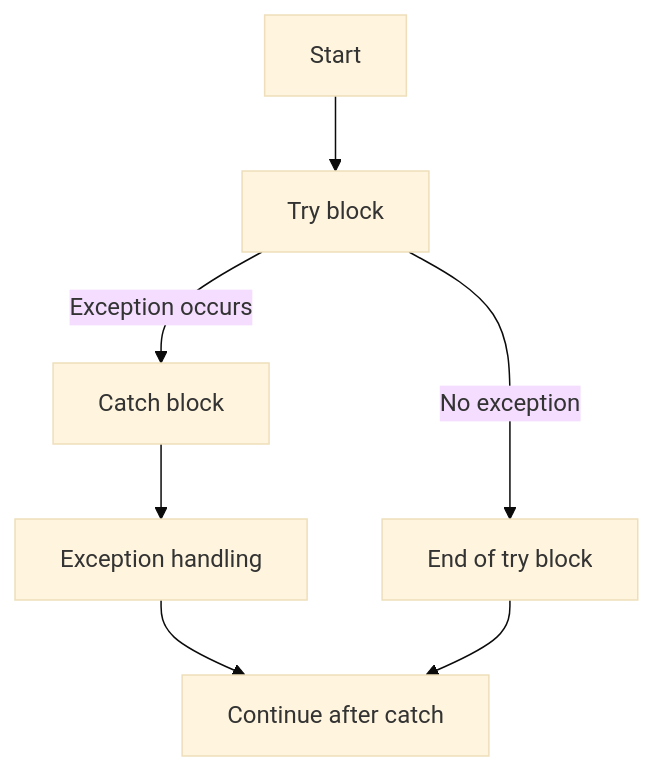
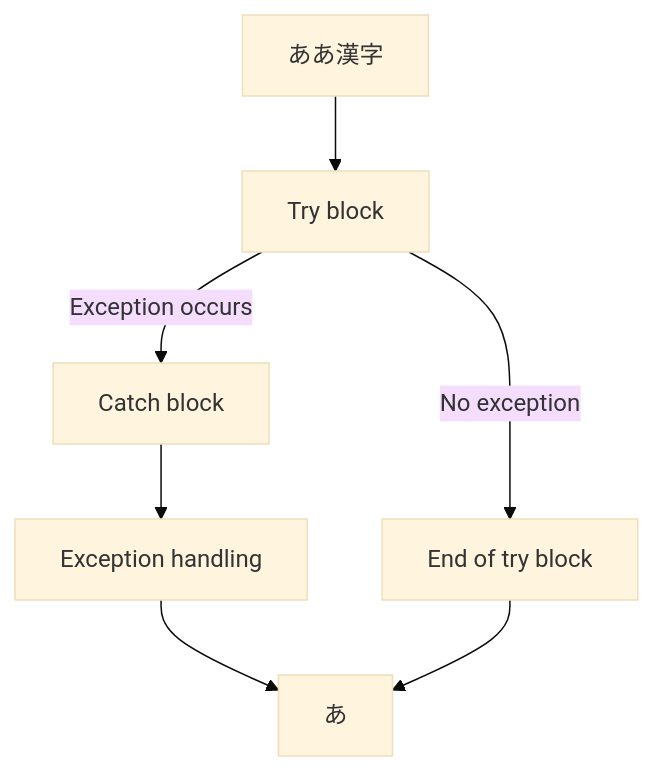
The third of 3 diagrams in flowchart_01_overview.md (sora-grayscale/ft_irc), drawn with Mermaid (base theme) before and after one commit.

Commit message:
[docs]: #30 add japanese
[body]

[notes]

close #<issue-number>

````diff
--- a/flowchart_01_overview.md
+++ b/flowchart_01_overview.md
@@ -41,10 +41,10 @@
 ```mermaid
 graph TD
-    A[Start] --> B[Try block]
+    A[ああ漢字] --> B[Try block]
     B -- Exception occurs --> C[Catch block]
     B -- No exception --> D[End of try block]
     C --> E[Exception handling]
     E --> F[Continue after catch]
-    D --> F
+    D --> F[あ]
 
 ```
````
